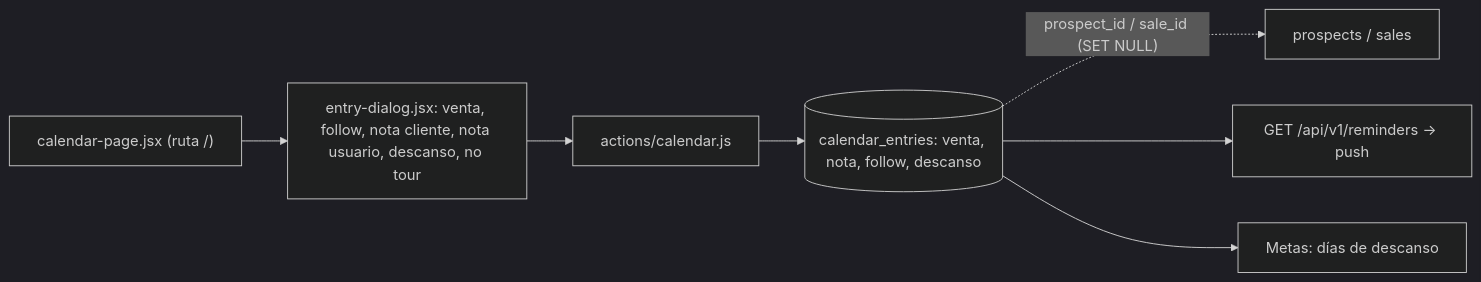
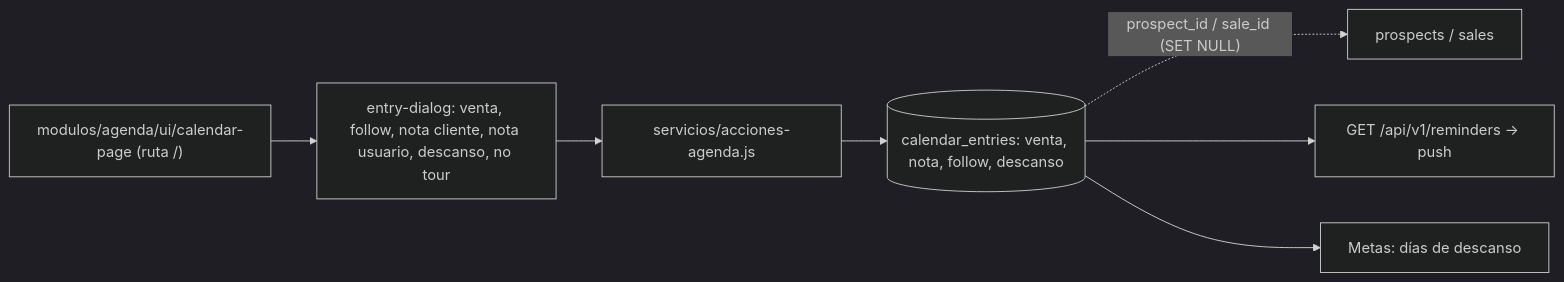
Before and after one commit to EduardoGM1/SalesSaas: diagram 11 of 13 in docs/PROYECTO.md, drawn with Mermaid (dark theme). The commit also changed other lines of this file and 21 other files, not shown here.

First line of the commit message:
arquitectura(agenda-a): UI/hooks/acciones en modulos/agenda + fachadas

````diff
--- a/docs/PROYECTO.md
+++ b/docs/PROYECTO.md
@@ -522,9 +522,9 @@
 ```mermaid
 flowchart LR
-  CP["calendar-page.jsx (ruta /)"] --> ED["entry-dialog.jsx: venta, follow, nota cliente, nota usuario, descanso, no tour"]
-  ED --> ACT["actions/calendar.js"]
+  CP["modulos/agenda/ui/calendar-page (ruta /)"] --> ED["entry-dialog: venta, follow, nota cliente, nota usuario, descanso, no tour"]
+  ED --> ACT["servicios/acciones-agenda.js"]
   ACT --> DB2[("calendar_entries: venta, nota, follow, descanso")]
   DB2 -.->|"prospect_id / sale_id (SET NULL)"| PS["prospects / sales"]
   DB2 --> REM["GET /api/v1/reminders → push"]
   DB2 --> KPI["Metas: días de descanso"]
 ```
````
